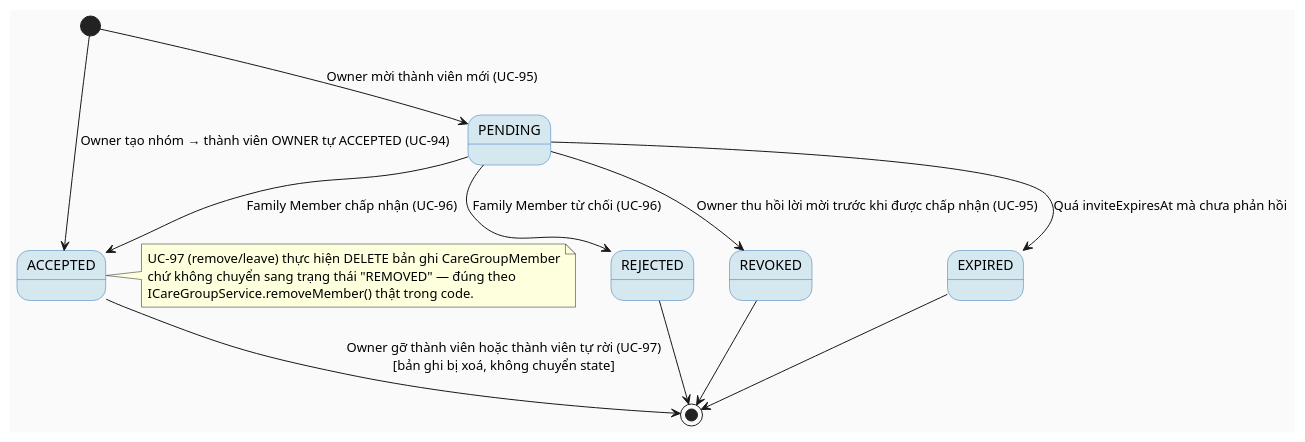
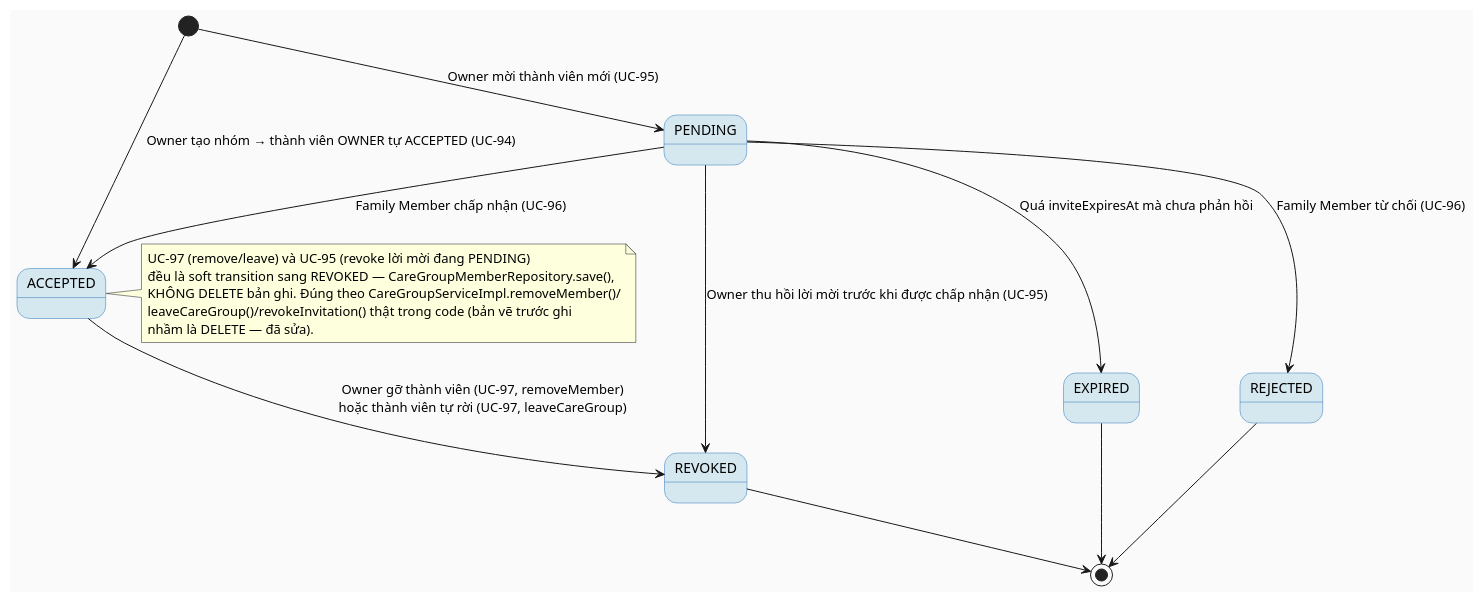
The third of 3 diagrams in docs/Detailed_Design/MF10_Family_Sync_Cooperative_Care/01_Care_Group_Invitation_Lifecycle.md (ChuongBDHE172784/CareBridge_SEP490_G79), drawn with PlantUML before and after one commit. The commit also changed other lines of this file and 29 other files, not shown here.

Commit message:
feat: add detailed sequence diagrams to documentation and standardize service-layer interaction flows across modules

````diff
--- a/docs/Detailed_Design/MF10_Family_Sync_Cooperative_Care/01_Care_Group_Invitation_Lifecycle.md
+++ b/docs/Detailed_Design/MF10_Family_Sync_Cooperative_Care/01_Care_Group_Invitation_Lifecycle.md
@@ -188,28 +412,30 @@
 ```plantuml
 @startuml MF10_01_InviteStatus_StateMachine
 skinparam backgroundColor #FAFAFA
 skinparam StateBackgroundColor #D5E8F0
 skinparam StateBorderColor #2E75B6
 
 [*] --> ACCEPTED : Owner tạo nhóm → thành viên OWNER tự ACCEPTED (UC-94)
 [*] --> PENDING : Owner mời thành viên mới (UC-95)
 
 PENDING --> ACCEPTED : Family Member chấp nhận (UC-96)
 PENDING --> REJECTED : Family Member từ chối (UC-96)
 PENDING --> REVOKED : Owner thu hồi lời mời trước khi được chấp nhận (UC-95)
 PENDING --> EXPIRED : Quá inviteExpiresAt mà chưa phản hồi
 
-ACCEPTED --> [*] : Owner gỡ thành viên hoặc thành viên tự rời (UC-97)\n[bản ghi bị xoá, không chuyển state]
+ACCEPTED --> REVOKED : Owner gỡ thành viên (UC-97, removeMember)\nhoặc thành viên tự rời (UC-97, leaveCareGroup)
 
 REJECTED --> [*]
 REVOKED --> [*]
 EXPIRED --> [*]
 
 note right of ACCEPTED
-  UC-97 (remove/leave) thực hiện DELETE bản ghi CareGroupMember
-  chứ không chuyển sang trạng thái "REMOVED" — đúng theo
-  ICareGroupService.removeMember() thật trong code.
+  UC-97 (remove/leave) và UC-95 (revoke lời mời đang PENDING)
+  đều là soft transition sang REVOKED — CareGroupMemberRepository.save(),
+  KHÔNG DELETE bản ghi. Đúng theo CareGroupServiceImpl.removeMember()/
+  leaveCareGroup()/revokeInvitation() thật trong code (bản vẽ trước ghi
+  nhầm là DELETE — đã sửa).
 end note
 
 @enduml
 ```
````
